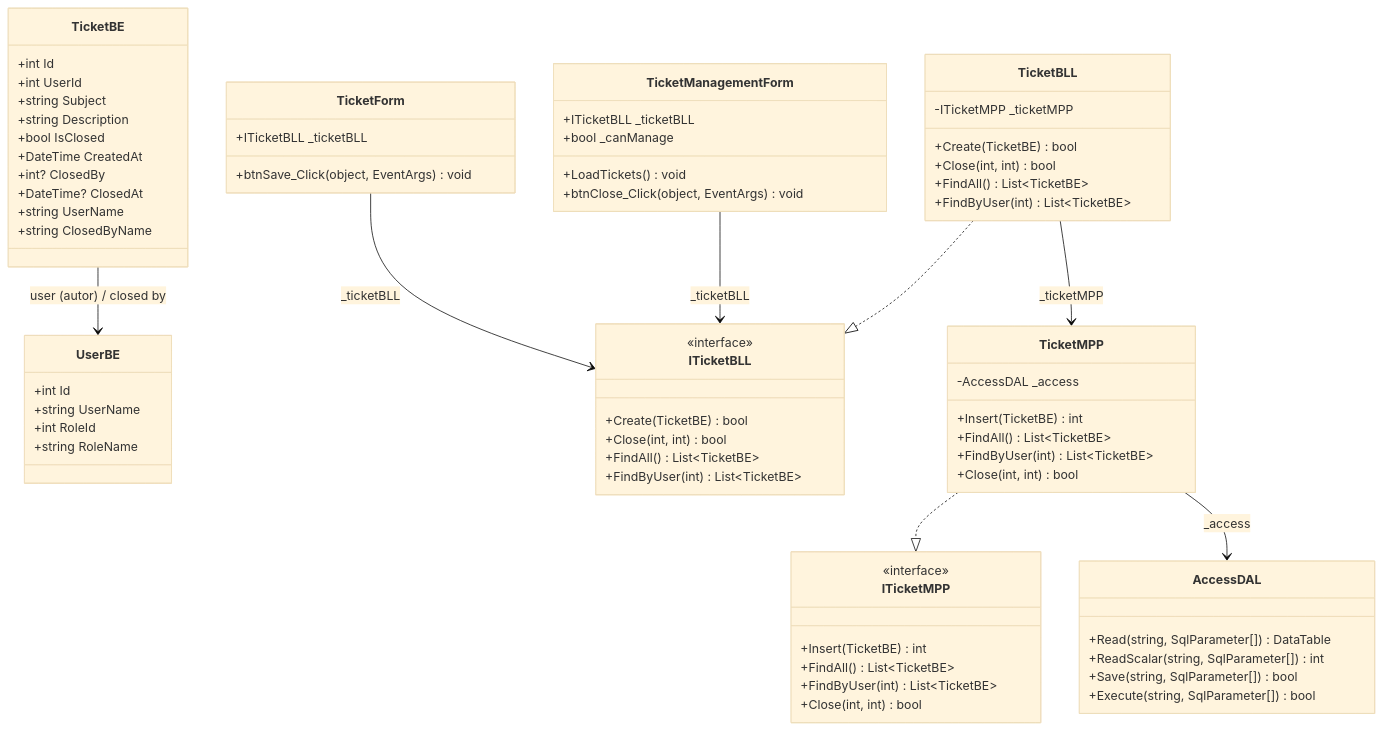
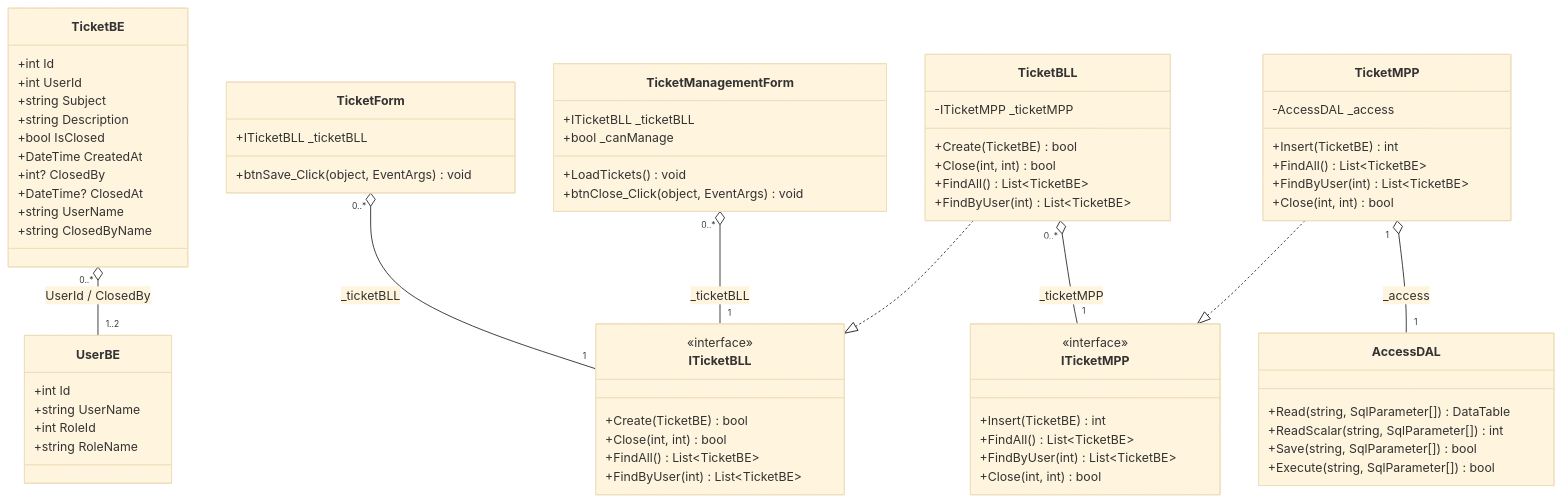
Before and after one commit to DarioZubaray/Proyecto-Final: the diagram in docs/mermaid-live/7. diagramas-clases/7.3.clases-tickets.mmd, drawn with Mermaid (base theme). The commit also changed 10 other files, not shown here.

Commit message:
phase 3 checkpoint: UML notation on class diagrams, sequence participant conventions

```diff
--- a/docs/mermaid-live/7. diagramas-clases/7.3.clases-tickets.mmd
+++ b/docs/mermaid-live/7. diagramas-clases/7.3.clases-tickets.mmd
@@ -1,90 +1,90 @@
 classDiagram
     direction TB
 
     %% ============ BE ============
     class UserBE {
         +int Id
         +string UserName
         +int RoleId
         +string RoleName
     }
 
     class TicketBE {
         +int Id
         +int UserId
         +string Subject
         +string Description
         +bool IsClosed
         +DateTime CreatedAt
         +int? ClosedBy
         +DateTime? ClosedAt
         +string UserName
         +string ClosedByName
     }
 
     %% ============ BLL ============
     class ITicketBLL {
         <<interface>>
         +Create(TicketBE) bool
         +Close(int, int) bool
         +FindAll() List~TicketBE~
         +FindByUser(int) List~TicketBE~
     }
 
     class TicketBLL {
         -ITicketMPP _ticketMPP
         +Create(TicketBE) bool
         +Close(int, int) bool
         +FindAll() List~TicketBE~
         +FindByUser(int) List~TicketBE~
     }
 
     %% ============ MPP ============
     class ITicketMPP {
         <<interface>>
         +Insert(TicketBE) int
         +FindAll() List~TicketBE~
         +FindByUser(int) List~TicketBE~
         +Close(int, int) bool
     }
 
     class TicketMPP {
         -AccessDAL _access
         +Insert(TicketBE) int
         +FindAll() List~TicketBE~
         +FindByUser(int) List~TicketBE~
         +Close(int, int) bool
     }
 
     %% ============ DAL (compartido) ============
     class AccessDAL {
         +Read(string, SqlParameter[]) DataTable
         +ReadScalar(string, SqlParameter[]) int
         +Save(string, SqlParameter[]) bool
         +Execute(string, SqlParameter[]) bool
     }
 
     %% ============ GUI ============
     class TicketManagementForm {
         +ITicketBLL _ticketBLL
         +bool _canManage
         +LoadTickets() void
         +btnClose_Click(object, EventArgs) void
     }
 
     class TicketForm {
         +ITicketBLL _ticketBLL
         +btnSave_Click(object, EventArgs) void
     }
 
     %% ============ Relaciones ============
-    TicketBE --> UserBE : user (autor) / closed by
+    TicketBE "0..*" o-- "1..2" UserBE : UserId / ClosedBy
 
     TicketBLL ..|> ITicketBLL
     TicketMPP ..|> ITicketMPP
 
-    TicketBLL --> TicketMPP : _ticketMPP
-    TicketMPP --> AccessDAL : _access
+    TicketBLL "0..*" o-- "1" ITicketMPP : _ticketMPP
+    TicketMPP "1" o-- "1" AccessDAL : _access
 
-    TicketManagementForm --> ITicketBLL : _ticketBLL
-    TicketForm --> ITicketBLL : _ticketBLL
+    TicketManagementForm "0..*" o-- "1" ITicketBLL : _ticketBLL
+    TicketForm "0..*" o-- "1" ITicketBLL : _ticketBLL
```
